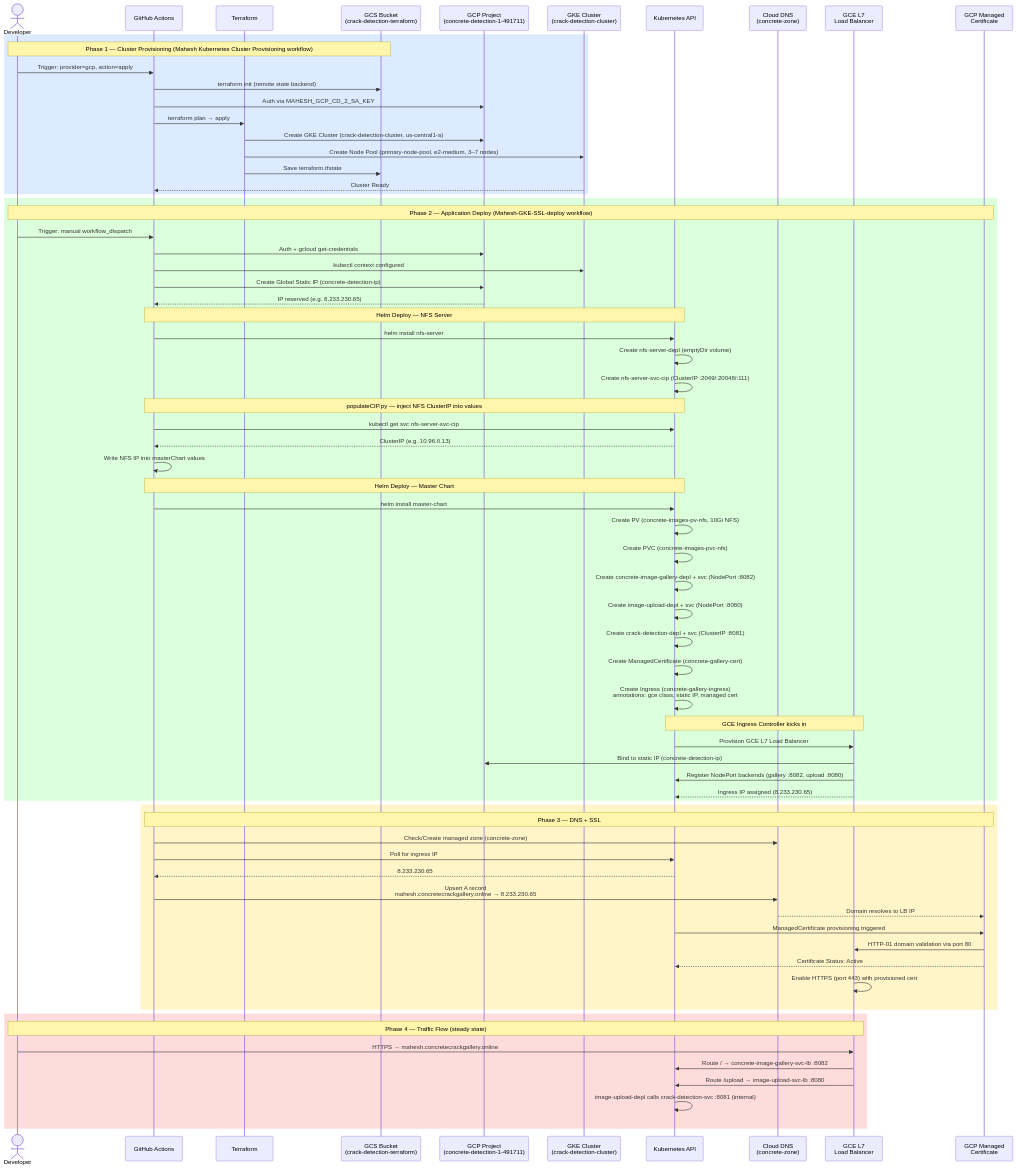
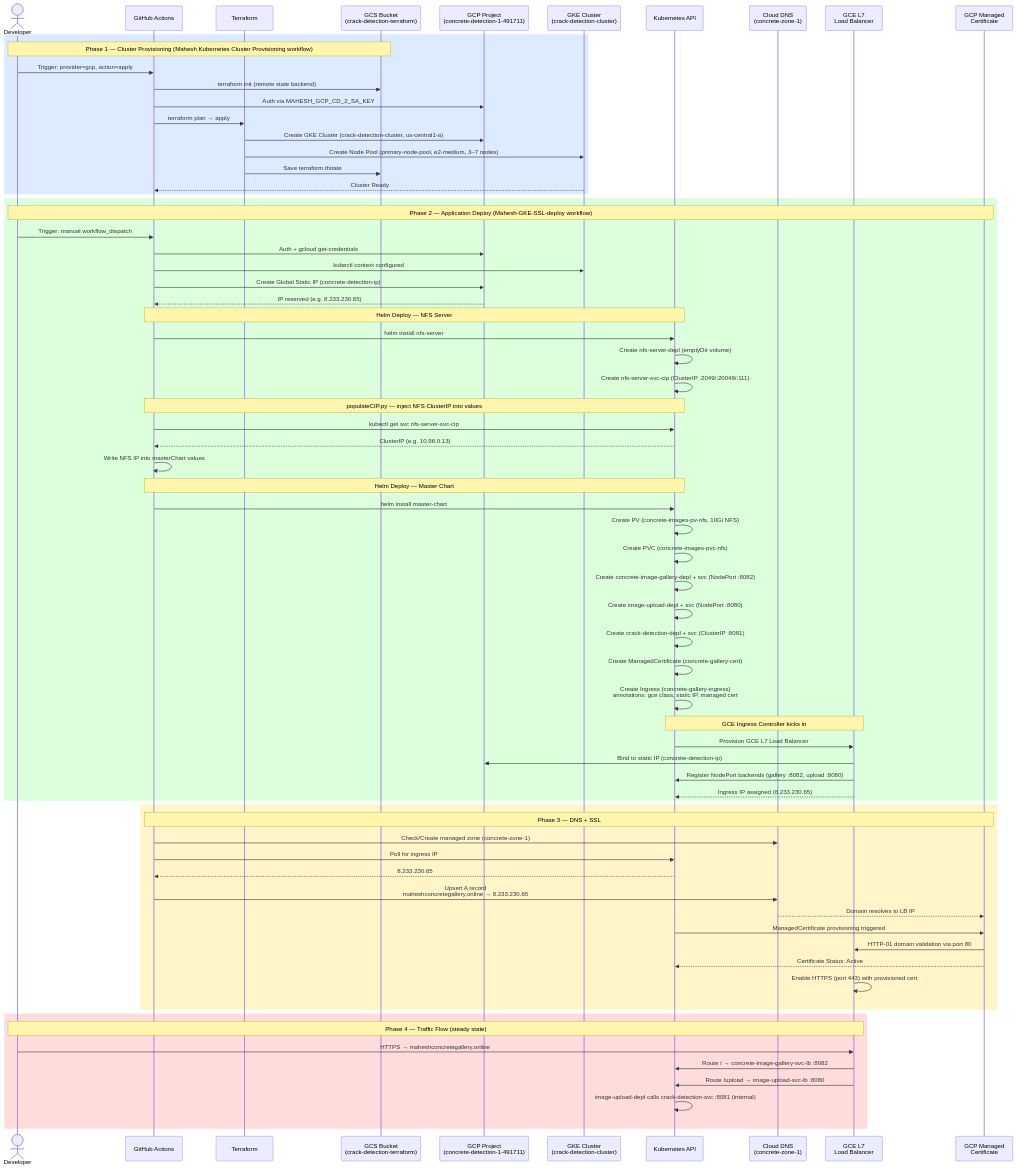
One commit to maheshrajannan/HelmCrackDetectionV2 changed the second of 3 diagrams in platform-architecture.md. Above: the diagram before and after it, drawn with Mermaid. The commit also changed other lines of this file and 5 other files, not shown here.

Commit message:
Updated domain to maheshconcretegallery.online

```diff
--- a/platform-architecture.md
+++ b/platform-architecture.md
@@ -126,7 +126,7 @@
     participant GCP as GCP Project<br/>(concrete-detection-1-491711)
     participant GKE as GKE Cluster<br/>(crack-detection-cluster)
     participant K8s as Kubernetes API
-    participant DNS as Cloud DNS<br/>(concrete-zone)
+    participant DNS as Cloud DNS<br/>(concrete-zone-1)
     participant LB as GCE L7<br/>Load Balancer
     participant Cert as GCP Managed<br/>Certificate
 
@@ -180,10 +180,10 @@
 
     rect rgb(255, 245, 200)
         Note over GHA,Cert: Phase 3 — DNS + SSL
-        GHA->>DNS: Check/Create managed zone (concrete-zone)
+        GHA->>DNS: Check/Create managed zone (concrete-zone-1)
         GHA->>K8s: Poll for ingress IP
         K8s-->>GHA: 8.233.230.65
-        GHA->>DNS: Upsert A record<br/>mahesh.concretecrackgallery.online → 8.233.230.65
+        GHA->>DNS: Upsert A record<br/>maheshconcretegallery.online → 8.233.230.65
 
         DNS-->>Cert: Domain resolves to LB IP
         K8s->>Cert: ManagedCertificate provisioning triggered
@@ -194,7 +194,7 @@
 
     rect rgb(255, 220, 220)
         Note over Dev,LB: Phase 4 — Traffic Flow (steady state)
-        Dev->>LB: HTTPS → mahesh.concretecrackgallery.online
+        Dev->>LB: HTTPS → maheshconcretegallery.online
         LB->>K8s: Route / → concrete-image-gallery-svc-lb :8082
         LB->>K8s: Route /upload → image-upload-svc-lb :8080
         K8s->>K8s: image-upload-depl calls crack-detection-svc :8081 (internal)
```
